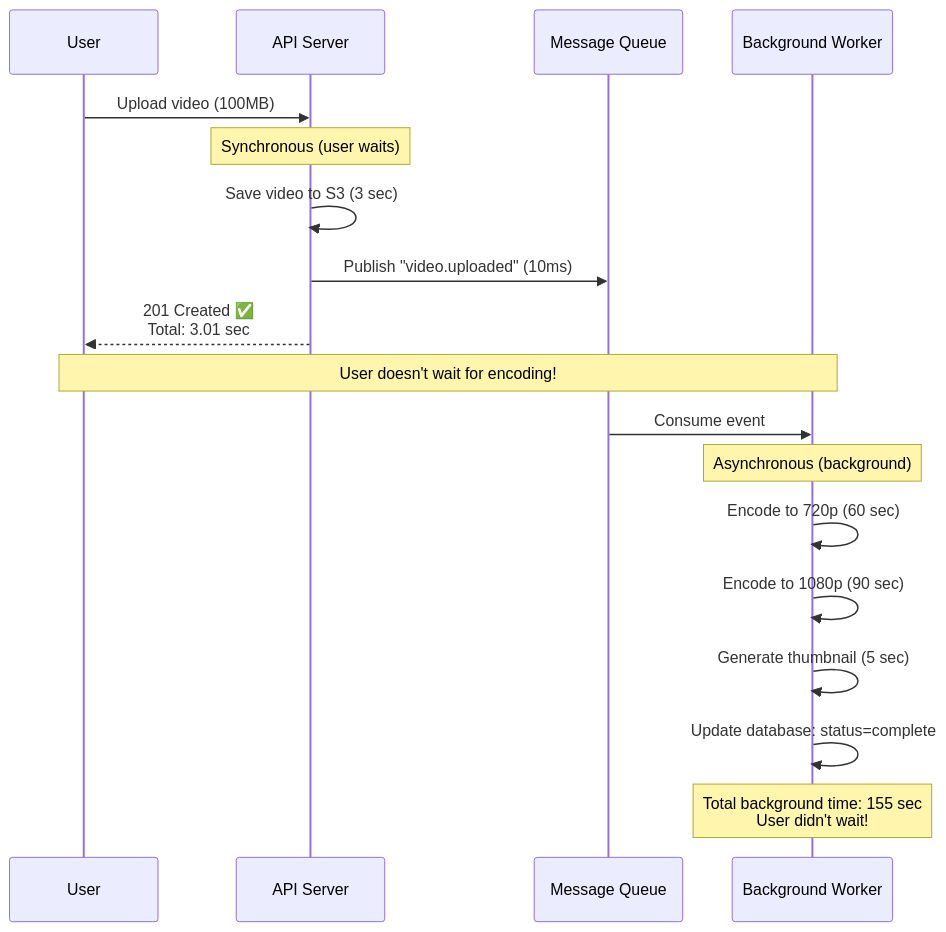
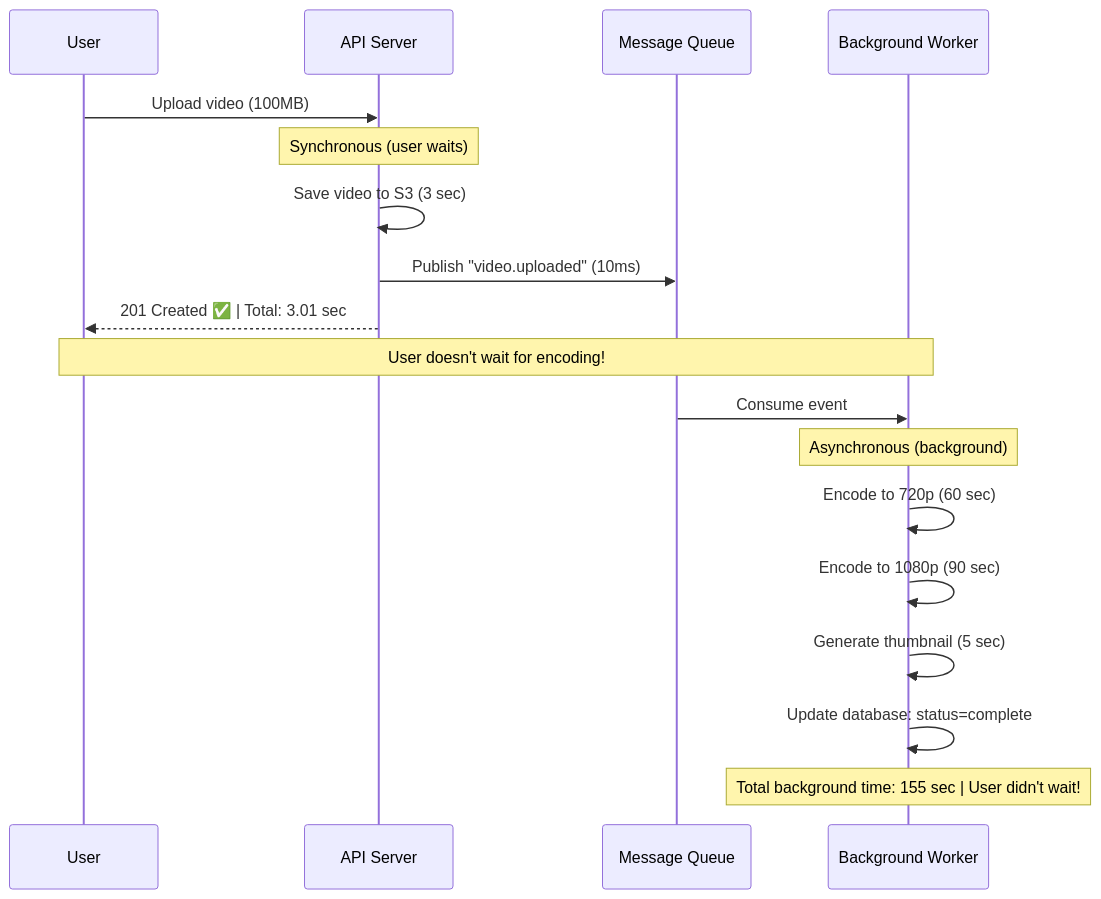
The fourth of 11 diagrams in HLD/foundation/04_message-queues.md (p1kmr/for-reading), drawn with Mermaid before and after one commit. The commit also changed other lines of this file and 14 other files, not shown here.

Commit message:
Fix Mermaid diagram syntax: Replace <br/> with <br> for GitHub compatibility

````diff
--- a/HLD/foundation/04_message-queues.md
+++ b/HLD/foundation/04_message-queues.md
@@ -94,28 +94,28 @@
 ```mermaid
 sequenceDiagram
     participant User
     participant API as API Server
     participant Queue as Message Queue
     participant Worker as Background Worker
 
     User->>API: Upload video (100MB)
 
     Note over API: Synchronous (user waits)
     API->>API: Save video to S3 (3 sec)
     API->>Queue: Publish "video.uploaded" (10ms)
 
-    API-->>User: 201 Created ✅<br/>Total: 3.01 sec
+    API-->>User: 201 Created ✅ | Total: 3.01 sec
 
     Note over User,Worker: User doesn't wait for encoding!
 
     Queue->>Worker: Consume event
 
     Note over Worker: Asynchronous (background)
     Worker->>Worker: Encode to 720p (60 sec)
     Worker->>Worker: Encode to 1080p (90 sec)
     Worker->>Worker: Generate thumbnail (5 sec)
 
     Worker->>Worker: Update database: status=complete
 
-    Note over Worker: Total background time: 155 sec<br/>User didn't wait!
+    Note over Worker: Total background time: 155 sec | User didn't wait!
 ```
````
